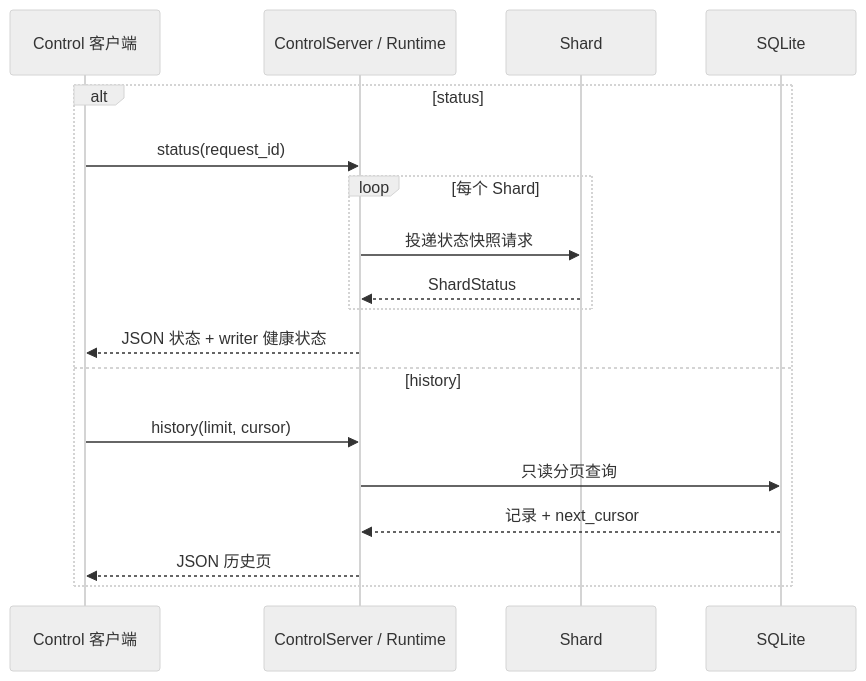
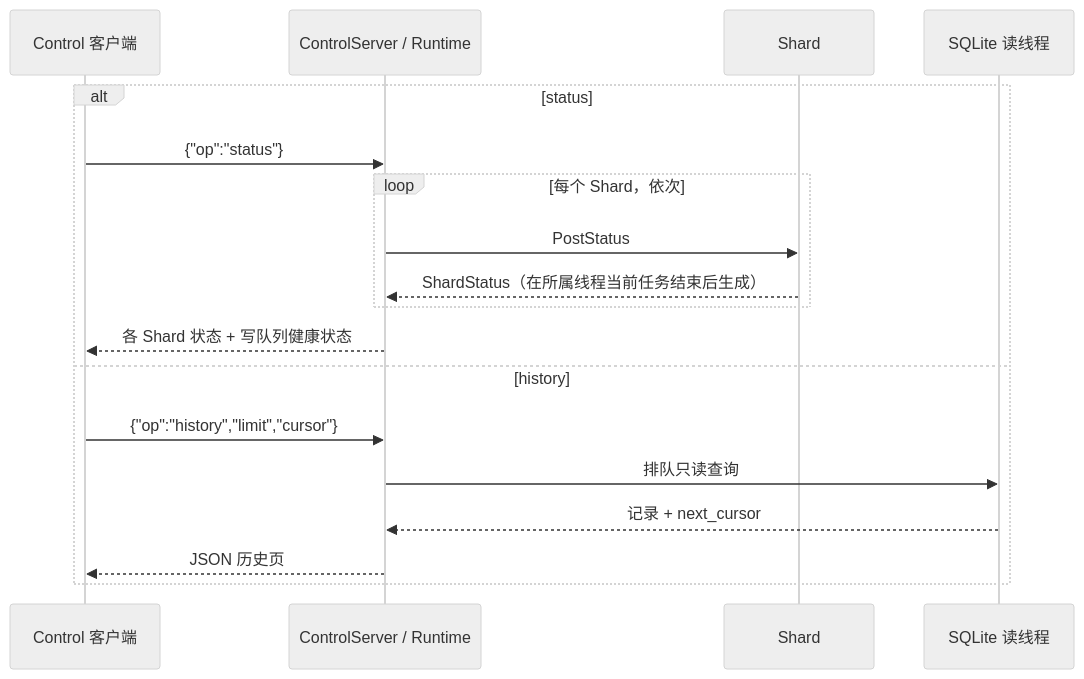
One commit to larrystd/hbot-quant changed the tenth of 12 diagrams in docs/DESIGN.md. Above: the diagram before and after it, drawn with Mermaid (neutral theme). The commit also changed other lines of this file and 57 other files, not shown here.

```diff
--- a/docs/DESIGN.md
+++ b/docs/DESIGN.md
@@ -430,20 +828,20 @@
 ~~~mermaid
 sequenceDiagram
     participant C as Control 客户端
     participant A as ControlServer / Runtime
     participant S as Shard
-    participant D as SQLite
+    participant D as SQLite 读线程
     alt status
-        C->>A: status(request_id)
-        loop 每个 Shard
-            A->>S: 投递状态快照请求
-            S-->>A: ShardStatus
+        C->>A: {"op":"status"}
+        loop 每个 Shard，依次
+            A->>S: PostStatus
+            S-->>A: ShardStatus（在所属线程当前任务结束后生成）
         end
-        A-->>C: JSON 状态 + writer 健康状态
+        A-->>C: 各 Shard 状态 + 写队列健康状态
     else history
-        C->>A: history(limit, cursor)
-        A->>D: 只读分页查询
+        C->>A: {"op":"history","limit","cursor"}
+        A->>D: 排队只读查询
         D-->>A: 记录 + next_cursor
         A-->>C: JSON 历史页
     end
 ~~~
```
